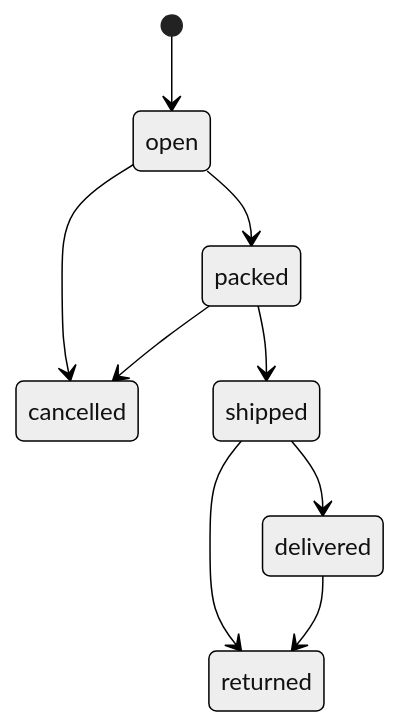
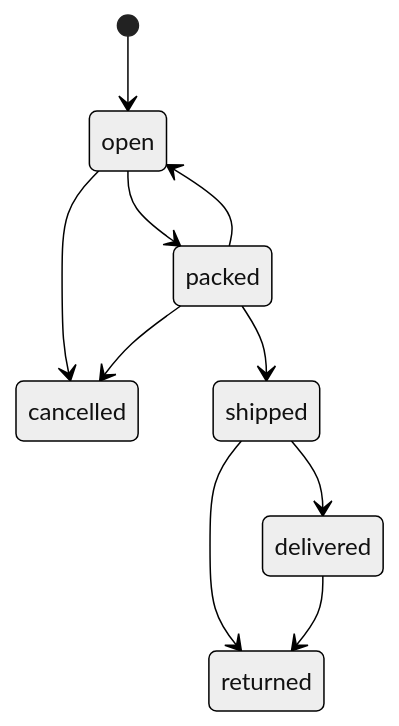
The second of 2 diagrams in docs/design/08-checkout.md (azharcse14/Vendrix), drawn with Mermaid (neutral theme) before and after one commit. The commit also changed other lines of this file and 7 other files, not shown here.

Commit message:
docs(design): v1.37 M7 er age decision (packing ojon, pack undo, vendor category)

````diff
--- a/docs/design/08-checkout.md
+++ b/docs/design/08-checkout.md
@@ -119,11 +119,12 @@
 ```mermaid
 stateDiagram-v2
   [*] --> open
   open --> packed
   open --> cancelled
+  packed --> open
   packed --> shipped
   packed --> cancelled
   shipped --> delivered
   shipped --> returned
   delivered --> returned
 ```
````
